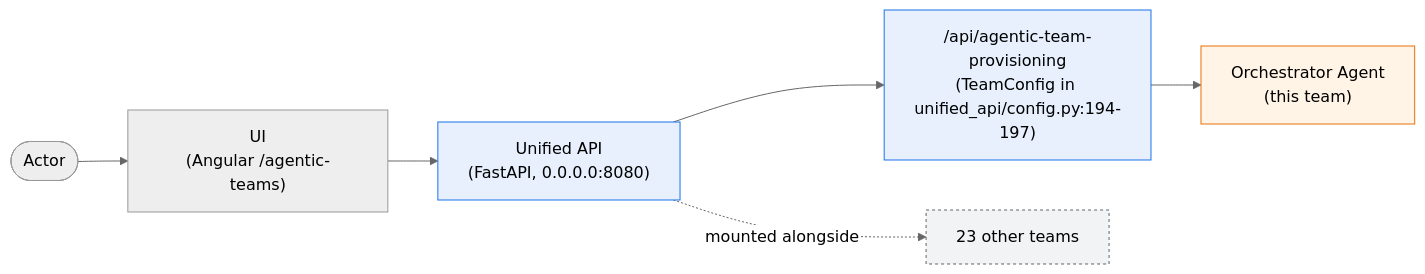
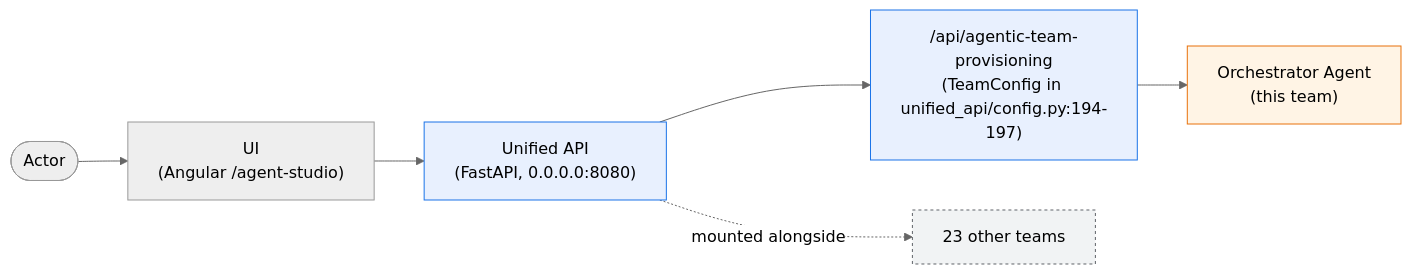
Before and after one commit to brandonkindred/Khala-Agentic-AI-Teams: the second of 3 diagrams in backend/agents/agent_team_studio/agentic_team_provisioning/system_design/architecture.md, drawn with Mermaid (neutral theme). The commit also changed 8 other files, not shown here.

````diff
--- a/backend/agents/agent_team_studio/agentic_team_provisioning/system_design/architecture.md
+++ b/backend/agents/agent_team_studio/agentic_team_provisioning/system_design/architecture.md
@@ -158,15 +158,15 @@
 ```mermaid
 graph LR
-    Actor(["Actor"]) --> UI["UI<br/>(Angular /agentic-teams)"]
+    Actor(["Actor"]) --> UI["UI<br/>(Angular /agent-studio)"]
     UI --> Unified["Unified API<br/>(FastAPI, 0.0.0.0:8080)"]
     Unified --> Mount["/api/agentic-team-provisioning<br/>(TeamConfig in unified_api/config.py:194-197)"]
     Mount --> Orch["Orchestrator Agent<br/>(this team)"]
     Unified -. mounted alongside .-> Others["23 other teams"]
 
     classDef external fill:#f1f3f4,stroke:#5f6368,stroke-dasharray: 3 3
     classDef apiLayer fill:#e8f0fe,stroke:#1a73e8
     classDef orchestrator fill:#fff4e5,stroke:#e8710a
     class Unified,Mount apiLayer
     class Orch orchestrator
     class Others external
 ```
````
